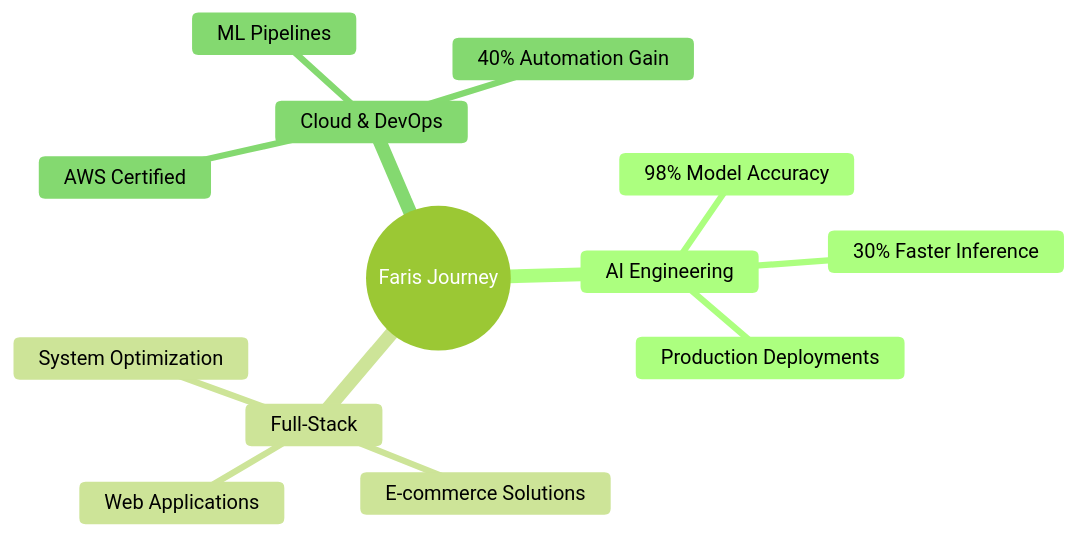
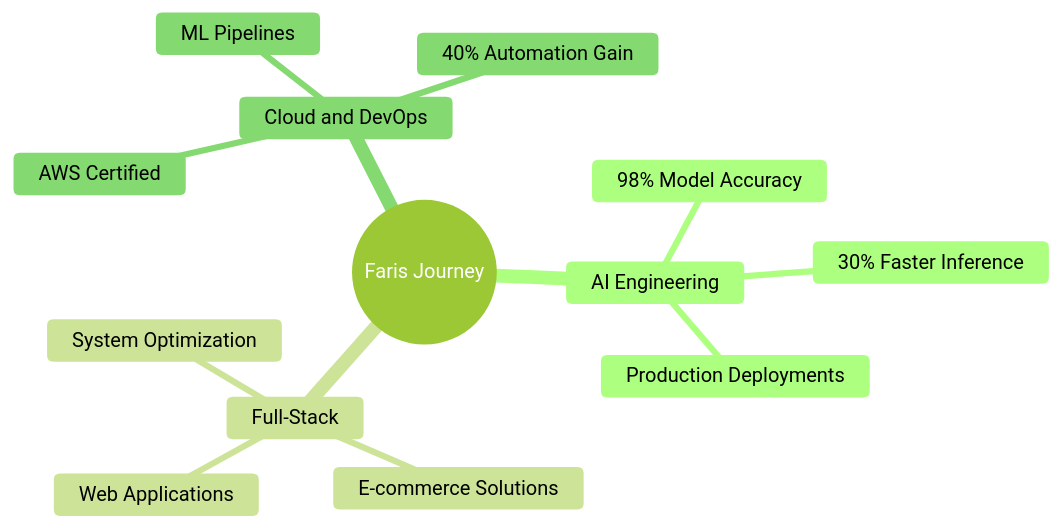
One commit to Darwee4/Darwee4 changed the diagram in README.md. Above: the diagram before and after it, drawn with Mermaid (forest theme).

````diff
--- a/README.md
+++ b/README.md
@@ -58,16 +58,16 @@
 ```mermaid
 mindmap
   root((Faris Journey))
     AI Engineering
       98% Model Accuracy
       30% Faster Inference
       Production Deployments
     Full-Stack
       Web Applications
       E-commerce Solutions
       System Optimization
-    Cloud & DevOps
+    Cloud and DevOps
       AWS Certified
       ML Pipelines
       40% Automation Gain
 ```
````
